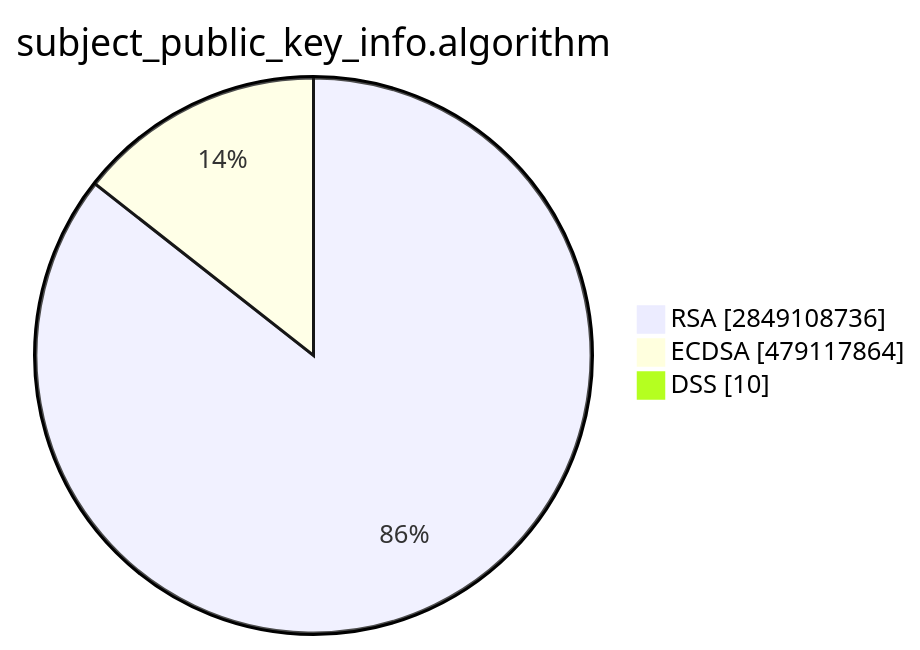
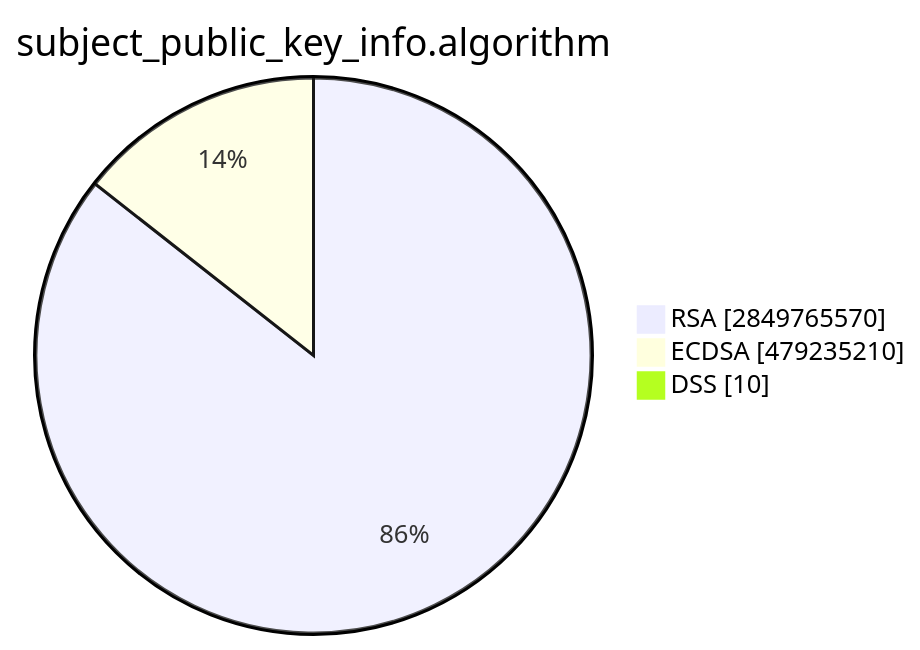
One commit to christiankrug/ctmonitor_visualization changed the second of 15 diagrams in TOTAL/README.md. Above: the diagram before and after it, drawn with Mermaid. The commit also changed other lines of this file, not shown here.

````diff
--- a/TOTAL/README.md
+++ b/TOTAL/README.md
@@ -6,7 +6,7 @@
 ```mermaid
 pie showData
 title subject_public_key_info.algorithm
-"RSA" :2849108736
-"ECDSA" :479117864
+"RSA" :2849765570
+"ECDSA" :479235210
 "DSS" :10
 ```
````
